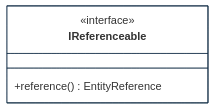
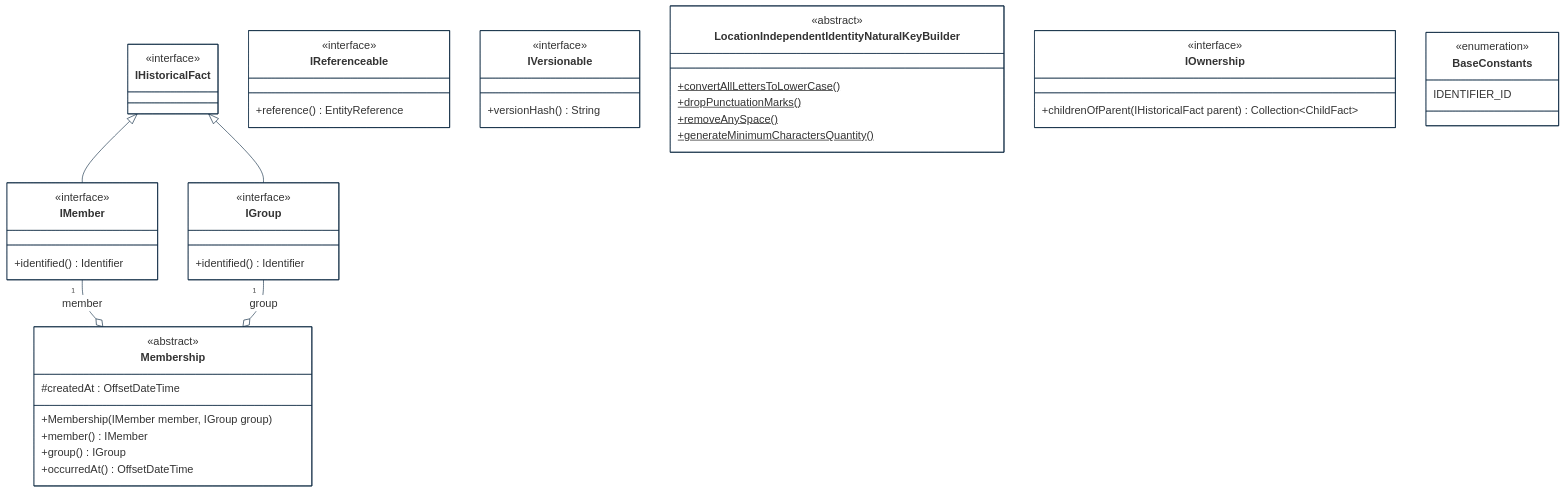
One commit to cybnity/foundation changed the third of 7 diagrams in implementations-line/framework/immutable/designview-packages.md. Above: the diagram before and after it, drawn with Mermaid.

````diff
--- a/implementations-line/framework/immutable/designview-packages.md
+++ b/implementations-line/framework/immutable/designview-packages.md
@@ -207,24 +192,67 @@
 ```mermaid
 %%{
   init: {
     'theme': 'base',
     'themeVariables': {
         'background': '#ffffff',
         'fontFamily': 'arial',
         'fontSize': '18px',
         'primaryColor': '#fff',
         'primaryBorderColor': '#0e2a43',
         'secondaryBorderColor': '#0e2a43',
         'tertiaryBorderColor': '#0e2a43',
         'edgeLabelBackground':'#0e2a43',
         'lineColor': '#0e2a43',
         'tertiaryColor': '#fff'
     }
   }
 }%%
 classDiagram
+    IHistoricalFact <|-- IMember
+    IHistoricalFact <|-- IGroup
+    IMember "1" --o Membership : member
+    IGroup "1" --o Membership : group
+
+    class IGroup {
+        <<interface>>
+        +identified() Identifier
+    }
     class IReferenceable {
         <<interface>>
         +reference() EntityReference
     }
+    class IVersionable {
+        <<interface>>
+        +versionHash() String
+    }
+    class LocationIndependentIdentityNaturalKeyBuilder {
+        <<abstract>>
+        +convertAllLettersToLowerCase()$
+        +dropPunctuationMarks()$
+        +removeAnySpace()$
+        +generateMinimumCharactersQuantity()$
+    }
+    class IOwnership {
+        <<interface>>
+        +childrenOfParent(IHistoricalFact parent) Collection~ChildFact~
+    }
+    class BaseConstants {
+        <<enumeration>>
+        IDENTIFIER_ID
+    }
+    class IMember {
+        <<interface>>
+        +identified() Identifier
+    }
+    class Membership {
+        <<abstract>>
+        #createdAt : OffsetDateTime
+        +Membership(IMember member, IGroup group)
+        +member() IMember
+        +group() IGroup
+        +occurredAt() OffsetDateTime
+    }
+    class IHistoricalFact {
+        <<interface>>
+    }
 ```
````
